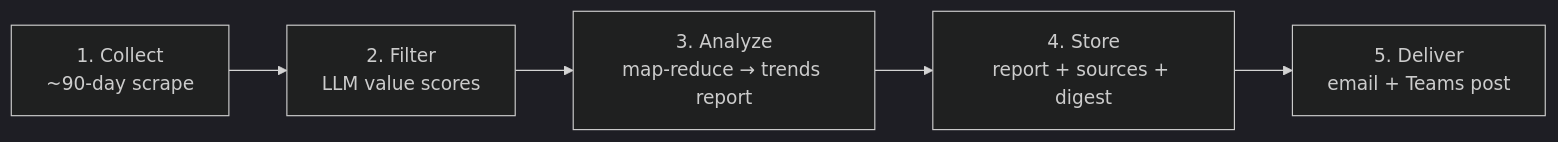
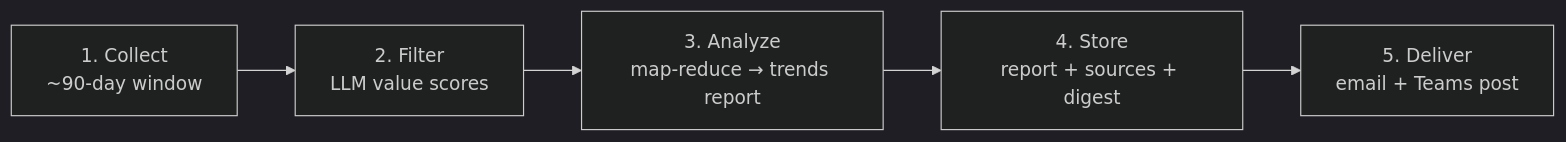
Before and after one commit to craigdeng-cpu/interac-sentiment-bot: the third of 4 diagrams in ARCHITECTURE_FLOW.md, drawn with Mermaid (dark theme). The commit also changed other lines of this file, not shown here.

First line of the commit message:
Restructure architecture doc with numbered sections and evals plan.

````diff
--- a/ARCHITECTURE_FLOW.md
+++ b/ARCHITECTURE_FLOW.md
@@ -145,7 +204,7 @@
 ```mermaid
 flowchart LR
-    A["1. Collect<br/>~90-day scrape"] --> B["2. Filter<br/>LLM value scores"]
+    A["1. Collect<br/>~90-day window"] --> B["2. Filter<br/>LLM value scores"]
     B --> C["3. Analyze<br/>map-reduce → trends report"]
     C --> D["4. Store<br/>report + sources + digest"]
     D --> E["5. Deliver<br/>email + Teams post"]
 ```
````
